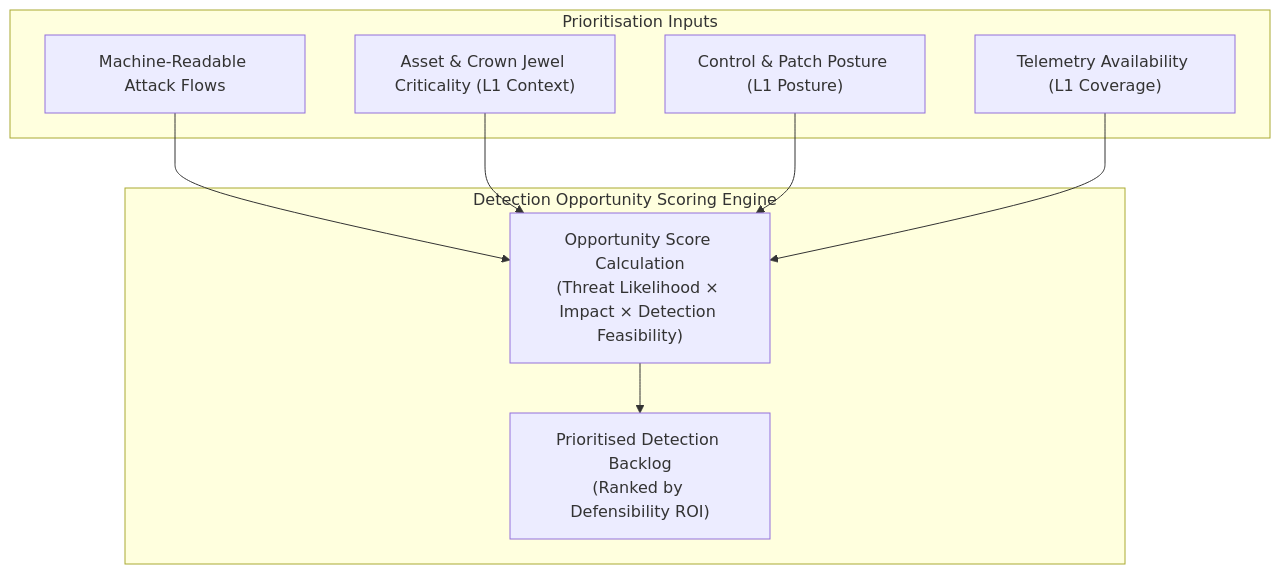
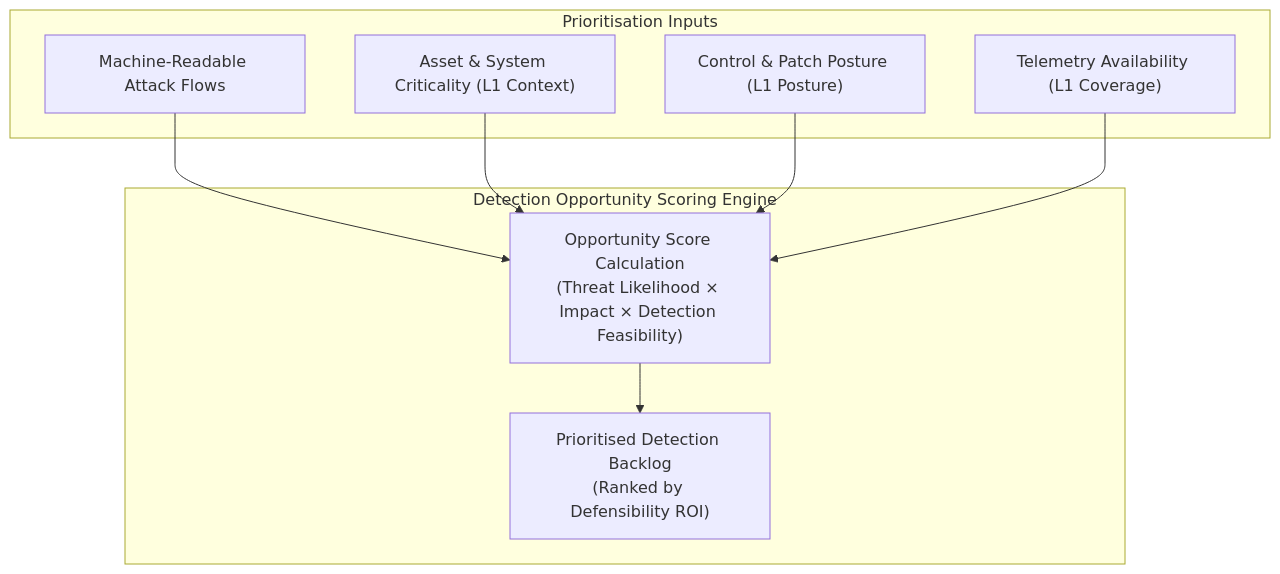
The third of 7 diagrams in docs/architecture/06-layer-3-threat-intel-detection.md (Haribu/TIDIR), drawn with Mermaid before and after one commit. The commit also changed other lines of this file and 44 other files, not shown here.

Commit message:
feat: enterprise adoption roadmap, reference stacks, persona journeys, and editorial quality enhancements (v1.14.0)

````diff
--- a/docs/architecture/06-layer-3-threat-intel-detection.md
+++ b/docs/architecture/06-layer-3-threat-intel-detection.md
@@ -94,20 +94,20 @@
 ```mermaid
 flowchart TB
   subgraph Inputs ["Prioritisation Inputs"]
     FLOWS["Machine-Readable Attack Flows"]
-    ASSETS["Asset & Crown Jewel Criticality (L1 Context)"]
+    ASSETS["Asset & System Criticality (L1 Context)"]
     POSTURE["Control & Patch Posture (L1 Posture)"]
     TELEMETRY["Telemetry Availability (L1 Coverage)"]
   end
 
   subgraph OpportunityEngine ["Detection Opportunity Scoring Engine"]
     SCORE["Opportunity Score Calculation\n(Threat Likelihood × Impact × Detection Feasibility)"]
     BACKLOG["Prioritised Detection Backlog\n(Ranked by Defensibility ROI)"]
   end
 
   FLOWS --> SCORE
   ASSETS --> SCORE
   POSTURE --> SCORE
   TELEMETRY --> SCORE
   SCORE --> BACKLOG
 ```
````
